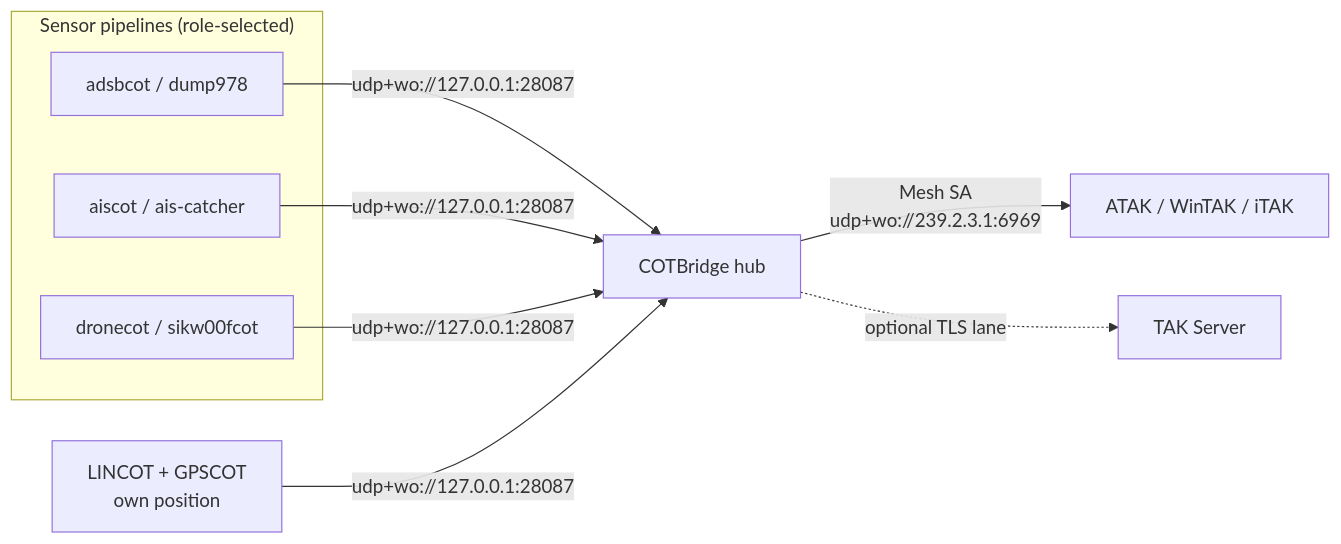
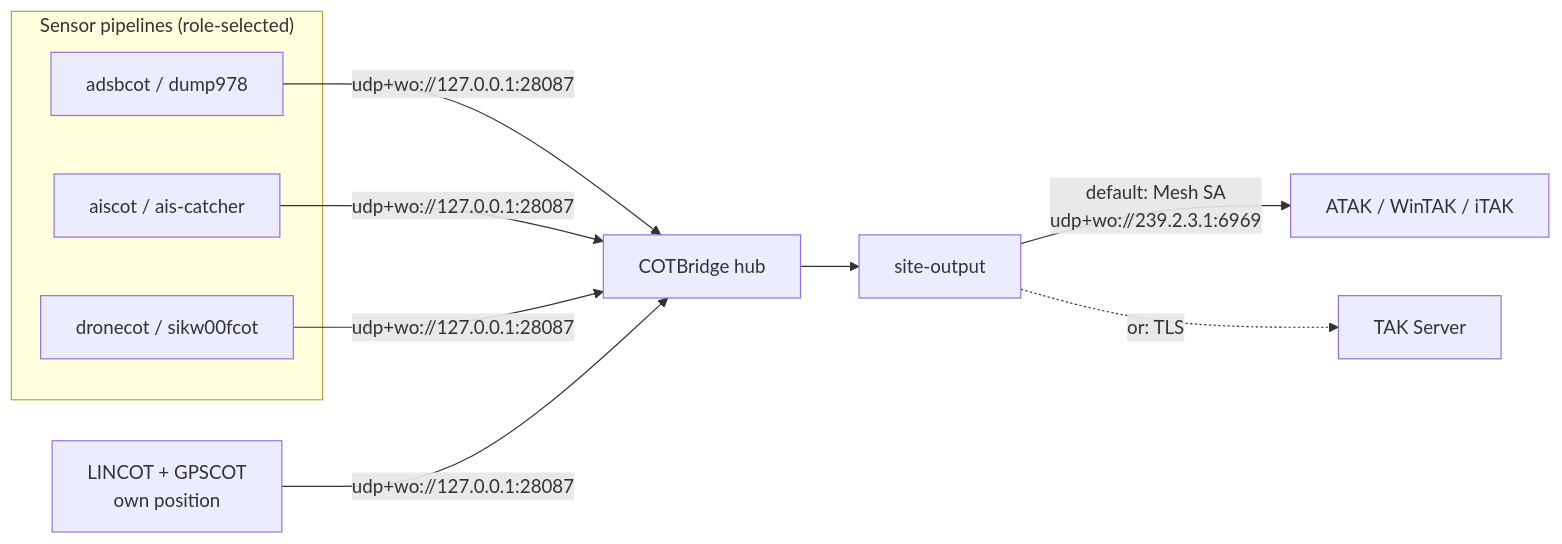
The diagram in docs/deploy/index.md (snstac/aryaos), drawn with Mermaid before and after one commit. The commit also changed other lines of this file and 10 other files, not shown here.

Commit message:
docs: explain unified site-wide CoT output

````diff
--- a/docs/deploy/index.md
+++ b/docs/deploy/index.md
@@ -93,12 +93,13 @@
 ```mermaid
 flowchart LR
     subgraph Sensors["Sensor pipelines (role-selected)"]
         A[adsbcot / dump978] 
         M[aiscot / ais-catcher]
         D[dronecot / sikw00fcot]
     end
     C[LINCOT + GPSCOT<br/>own position]
     A & M & D & C -->|udp+wo://127.0.0.1:28087| H[COTBridge hub]
-    H -->|Mesh SA<br/>udp+wo://239.2.3.1:6969| E[ATAK / WinTAK / iTAK]
-    H -.->|optional TLS lane| S[TAK Server]
+    H --> O[site-output]
+    O -->|default: Mesh SA<br/>udp+wo://239.2.3.1:6969| E[ATAK / WinTAK / iTAK]
+    O -.->|or: TLS| S[TAK Server]
 ```
````
